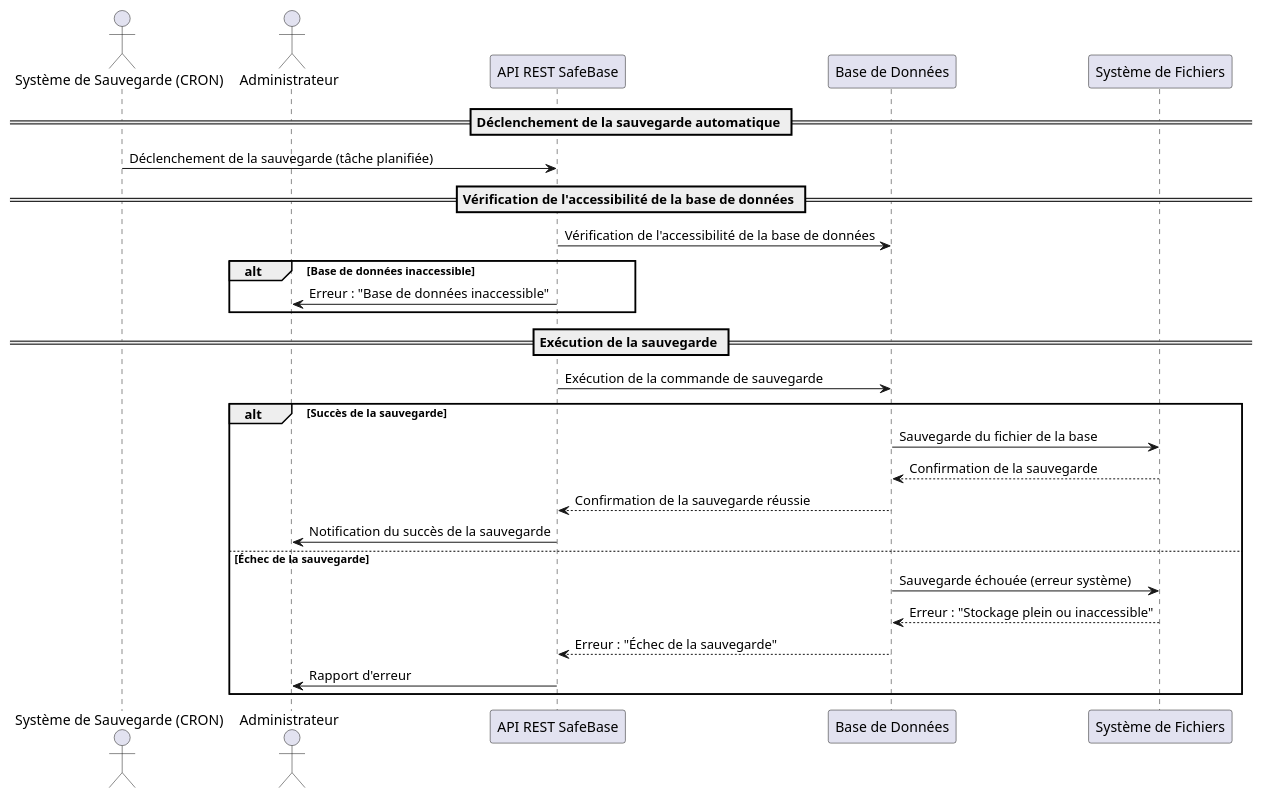
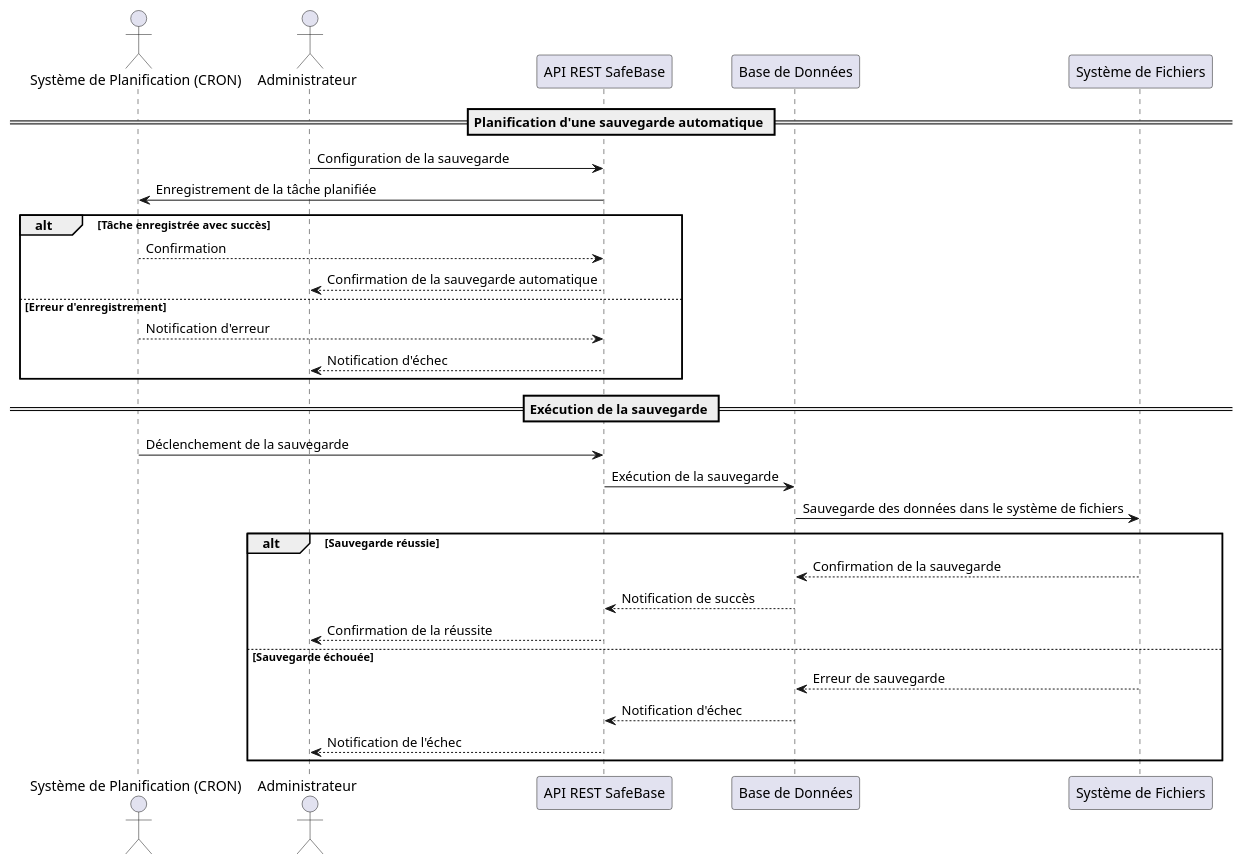
The second of 12 diagrams in docs/uml/diagramme_sequence.md (benoit-bremaud/plateforme-safebase), drawn with PlantUML before and after one commit. The commit also changed other lines of this file, not shown here.

First line of the commit message:
docs(diagram-sequence): synthesize and finalize UML sequence diagrams

````diff
--- a/docs/uml/diagramme_sequence.md
+++ b/docs/uml/diagramme_sequence.md
@@ -121,38 +105,36 @@
 ```plantuml
 @startuml
-actor "Système de Sauvegarde (CRON)" as Cron
+actor "Système de Planification (CRON)" as CRON
 actor "Administrateur" as Admin
 participant "API REST SafeBase" as API
 participant "Base de Données" as DB
 participant "Système de Fichiers" as FS
 
-== Déclenchement de la sauvegarde automatique ==
-Cron -> API : Déclenchement de la sauvegarde (tâche planifiée)
+== Planification d'une sauvegarde automatique ==
+Admin -> API : Configuration de la sauvegarde
+API -> CRON : Enregistrement de la tâche planifiée
 
-== Vérification de l'accessibilité de la base de données ==
-API -> DB : Vérification de l'accessibilité de la base de données
-
-alt Base de données inaccessible
-  API -> Admin : Erreur : "Base de données inaccessible"
+alt Tâche enregistrée avec succès
+    CRON --> API : Confirmation
+    API --> Admin : Confirmation de la sauvegarde automatique
+else Erreur d'enregistrement
+    CRON --> API : Notification d'erreur
+    API --> Admin : Notification d'échec
 end alt
 
 == Exécution de la sauvegarde ==
-API -> DB : Exécution de la commande de sauvegarde
+CRON -> API : Déclenchement de la sauvegarde
+API -> DB : Exécution de la sauvegarde
+DB -> FS : Sauvegarde des données dans le système de fichiers
 
-alt Succès de la sauvegarde
-    box "Processus de sauvegarde"
-      DB -> FS : Sauvegarde du fichier de la base
-      FS --> DB : Confirmation de la sauvegarde
-      DB --> API : Confirmation de la sauvegarde réussie
-      API -> Admin : Notification du succès de la sauvegarde
-    end box
-else Échec de la sauvegarde
-    box "Tentative de sauvegarde échouée"
-      DB -> FS : Sauvegarde échouée (erreur système)
-      FS --> DB : Erreur : "Stockage plein ou inaccessible"
-      DB --> API : Erreur : "Échec de la sauvegarde"
-      API -> Admin : Rapport d'erreur
-    end box
+alt Sauvegarde réussie
+    FS --> DB : Confirmation de la sauvegarde
+    DB --> API : Notification de succès
+    API --> Admin : Confirmation de la réussite
+else Sauvegarde échouée
+    FS --> DB : Erreur de sauvegarde
+    DB --> API : Notification d'échec
+    API --> Admin : Notification de l'échec
 end alt
 @enduml
 ```
````
